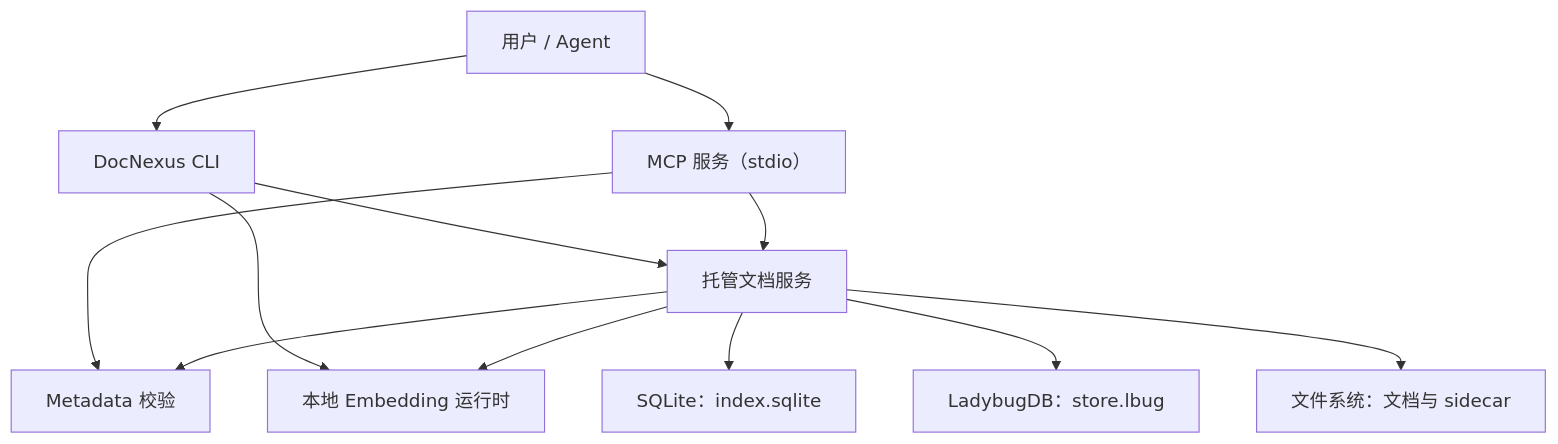
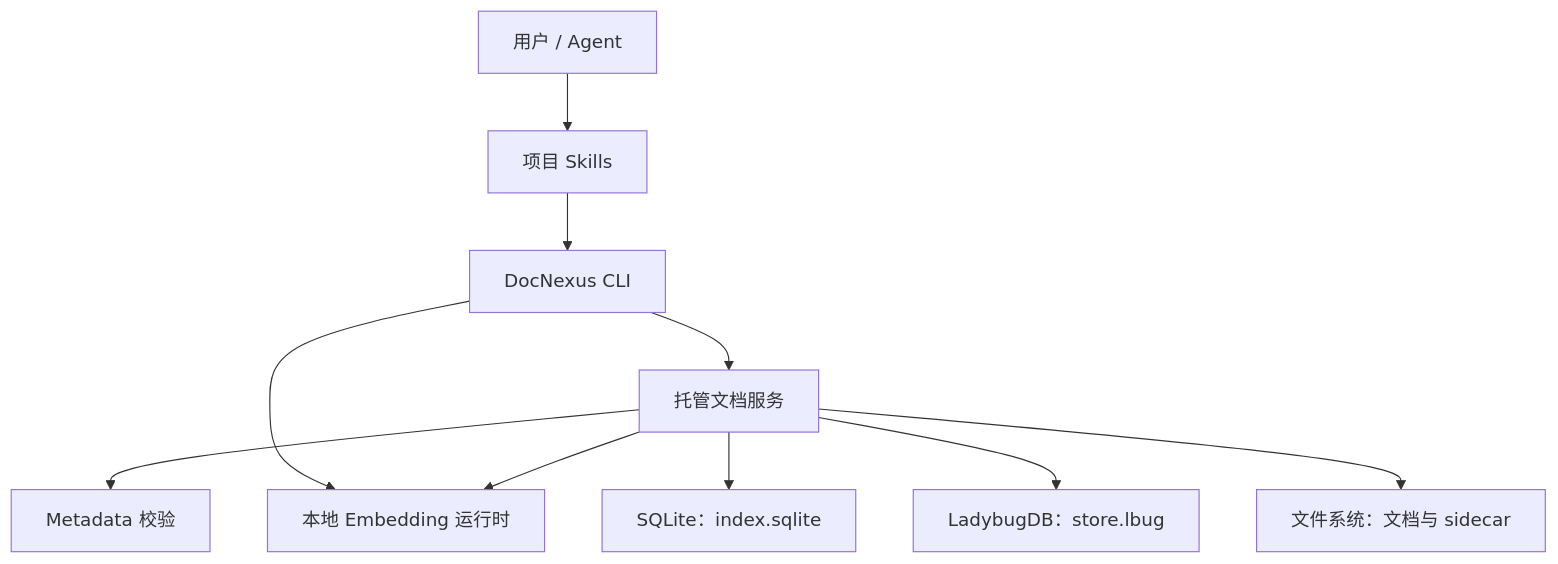
One commit to guilianerde/docnexus changed the first of 4 diagrams in docs/architecture/overview.zh-CN.md. Above: the diagram before and after it, drawn with Mermaid. The commit also changed other lines of this file and 25 other files, not shown here.

Commit message:
Release DocNexus 0.3.0 project skills architecture

````diff
--- a/docs/architecture/overview.zh-CN.md
+++ b/docs/architecture/overview.zh-CN.md
@@ -19,24 +18,22 @@
 ```mermaid
 flowchart TD
     U["用户 / Agent"]
+    SKILLS["项目 Skills"]
     CLI["DocNexus CLI"]
-    MCP["MCP 服务（stdio）"]
     MANAGER["托管文档服务"]
     META["Metadata 校验"]
     EMBED["本地 Embedding 运行时"]
     SQLITE["SQLite：index.sqlite"]
     LBUG["LadybugDB：store.lbug"]
     FILES["文件系统：文档与 sidecar"]
 
-    U --> CLI
-    U --> MCP
+    U --> SKILLS
+    SKILLS --> CLI
     CLI --> MANAGER
     CLI --> EMBED
-    MCP --> MANAGER
-    MCP --> META
     MANAGER --> META
     MANAGER --> EMBED
     MANAGER --> SQLITE
     MANAGER --> LBUG
     MANAGER --> FILES
 ```
````
